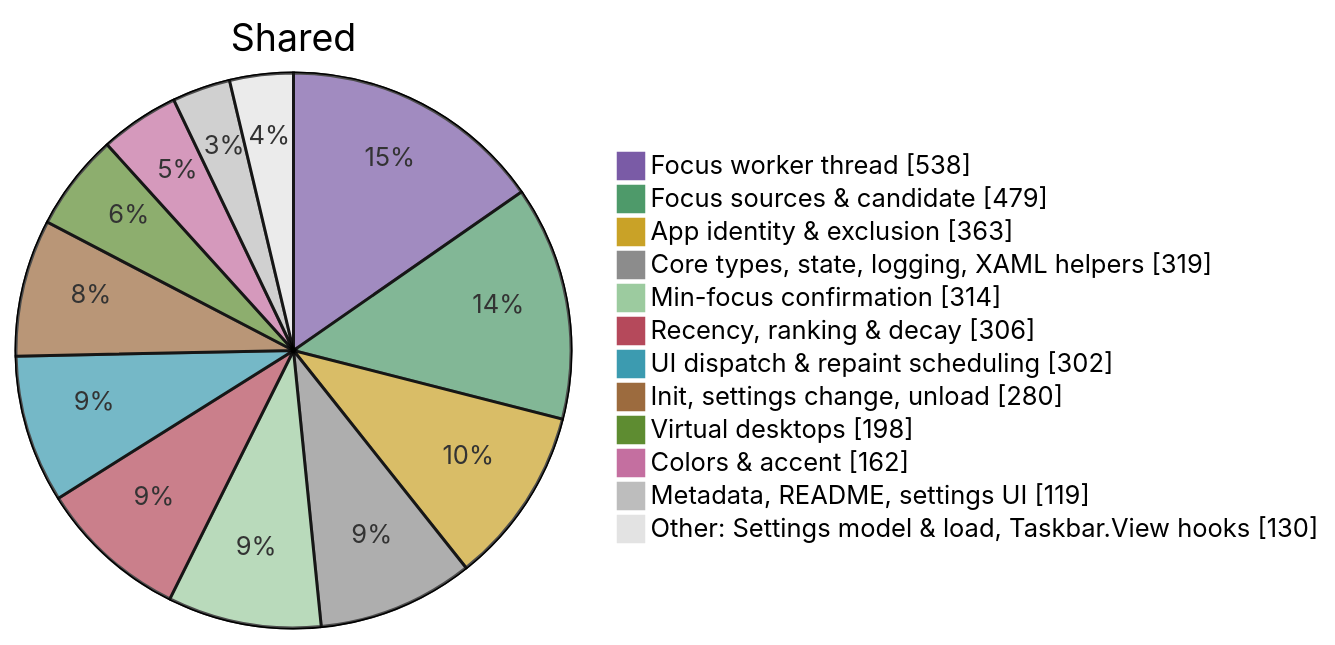
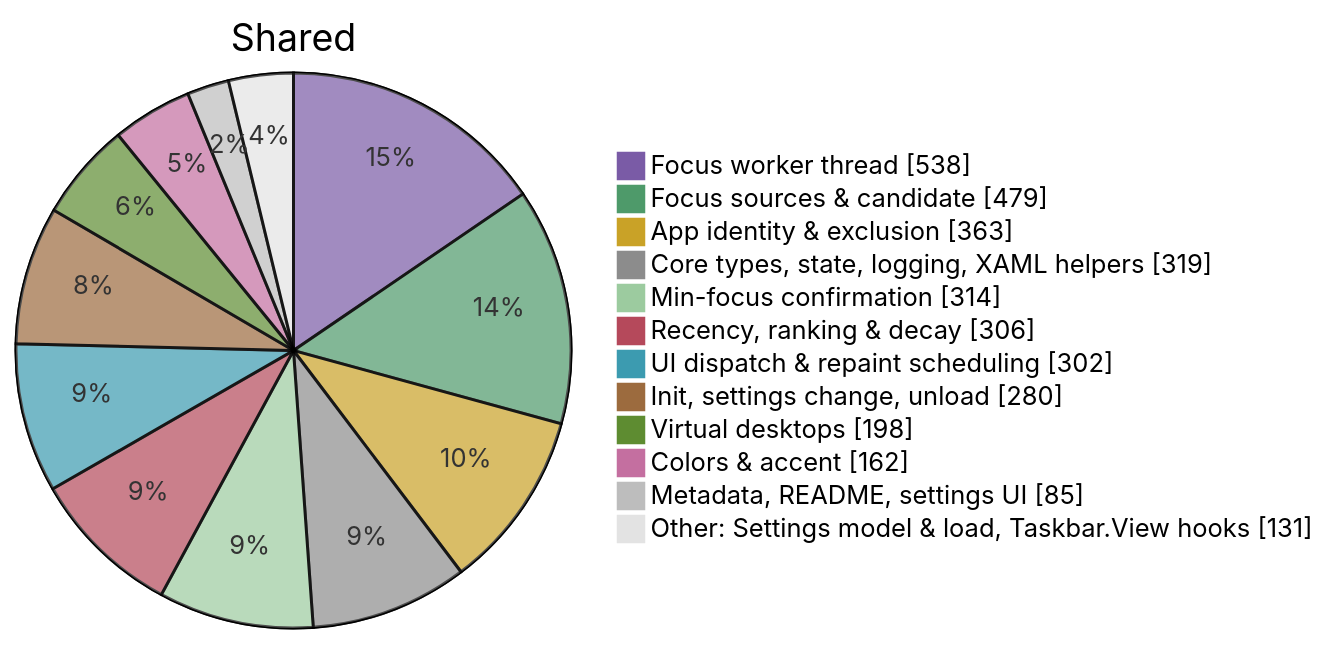
Before and after one commit to jvlasek/taskbar-recent-focus-highlight: the fourth of 5 diagrams in doc/code/code-breakdown.md, drawn with Mermaid. The commit also changed other lines of this file and 41 other files, not shown here.

````diff
--- a/doc/code/code-breakdown.md
+++ b/doc/code/code-breakdown.md
@@ -134,16 +134,16 @@
 ```mermaid
 %%{init: {"themeVariables": {"pie1": "#7A5BA6", "pie2": "#4E9A6A", "pie3": "#C9A227", "pie4": "#8C8C8C", "pie5": "#9CCB9F", "pie6": "#B5495B", "pie7": "#3C9BB0", "pie8": "#9C6B3E", "pie9": "#5E8C31", "pie10": "#C46FA0", "pie11": "#BDBDBD", "pie12": "#E3E3E3", "pieOuterStrokeWidth": "1px"}}}%%
 pie showData title Shared
     "Focus worker thread" : 538
     "Focus sources & candidate" : 479
     "App identity & exclusion" : 363
     "Core types, state, logging, XAML helpers" : 319
     "Min-focus confirmation" : 314
     "Recency, ranking & decay" : 306
     "UI dispatch & repaint scheduling" : 302
     "Init, settings change, unload" : 280
     "Virtual desktops" : 198
     "Colors & accent" : 162
-    "Metadata, README, settings UI" : 119
-    "Other: Settings model & load, Taskbar.View hooks" : 130
+    "Metadata, README, settings UI" : 85
+    "Other: Settings model & load, Taskbar.View hooks" : 131
 ```
````
